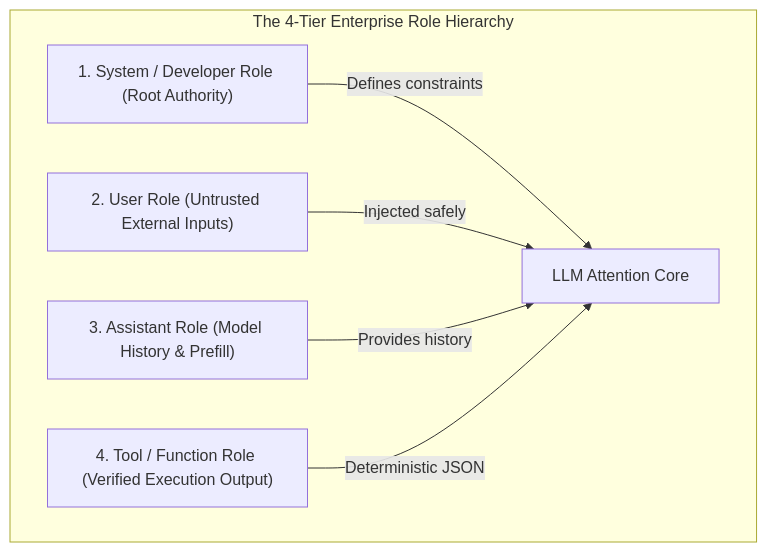
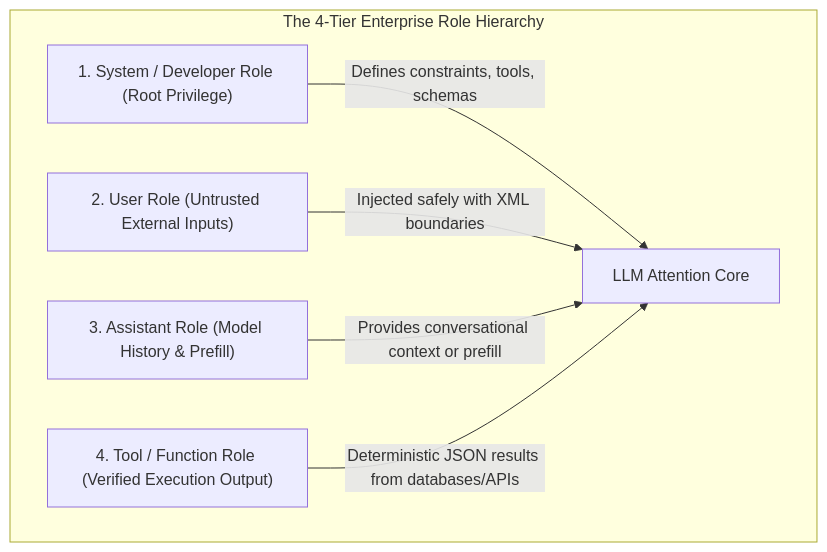
Before and after one commit to dip4k/senior-engineer-to-ai-engineer-roadmap: the tenth of 13 diagrams in 01-prompt-and-context-engineering/README.md, drawn with Mermaid. The commit also changed other lines of this file and 15 other files, not shown here.

Commit message:
Complete 2026 AI Engineer roadmap enhancements: Context Engineering master discipline, Agent Memory lab, reasoning models, EU AI Act governance guide, Top 15 beginner mistakes, and diagram sanity pass

````diff
--- a/01-prompt-and-context-engineering/README.md
+++ b/01-prompt-and-context-engineering/README.md
@@ -76,14 +637,14 @@
 ```mermaid
 flowchart TD
     subgraph Roles["The 4-Tier Enterprise Role Hierarchy"]
-        SystemRole["1. System / Developer Role (Root Authority)"]
+        SystemRole["1. System / Developer Role (Root Privilege)"]
         UserRole["2. User Role (Untrusted External Inputs)"]
         AssistantRole["3. Assistant Role (Model History & Prefill)"]
         ToolRole["4. Tool / Function Role (Verified Execution Output)"]
         
-        SystemRole -->|"Defines constraints"| Engine["LLM Attention Core"]
-        UserRole -->|"Injected safely"| Engine
-        AssistantRole -->|"Provides history"| Engine
-        ToolRole -->|"Deterministic JSON"| Engine
+        SystemRole -->|"Defines constraints, tools, schemas"| Engine["LLM Attention Core"]
+        UserRole -->|"Injected safely with XML boundaries"| Engine
+        AssistantRole -->|"Provides conversational context or prefill"| Engine
+        ToolRole -->|"Deterministic JSON results from databases/APIs"| Engine
     end
 ```
````
